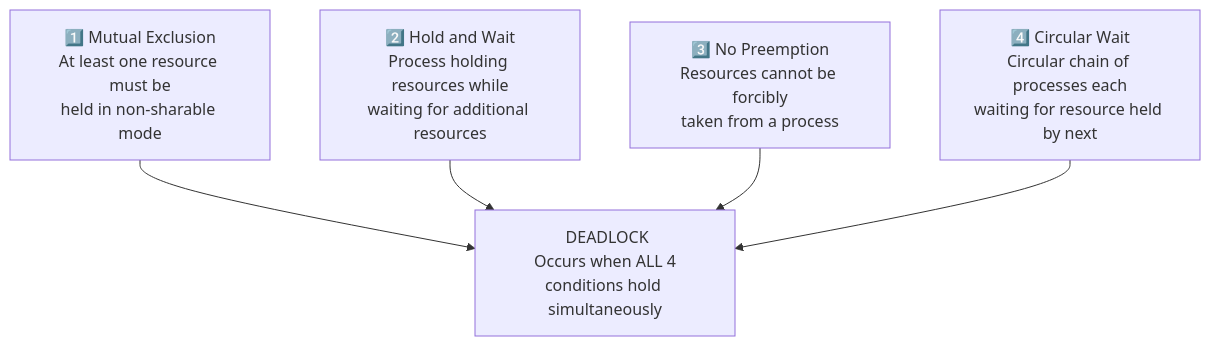
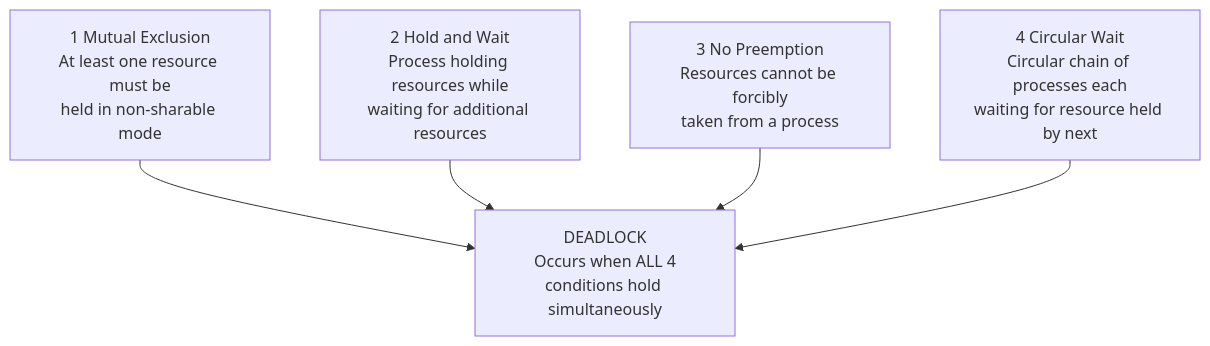
The third of 4 diagrams in 01-Semester-V/CS-302-MJ-T-Operating-Systems/Unit-4.md (amitdevx/TY), drawn with Mermaid before and after one commit. The commit also changed other lines of this file and 186 other files, not shown here.

````diff
--- a/01-Semester-V/CS-302-MJ-T-Operating-Systems/Unit-4.md
+++ b/01-Semester-V/CS-302-MJ-T-Operating-Systems/Unit-4.md
@@ -114,9 +117,9 @@
 ```mermaid
 graph TD
-    DL["️ DEADLOCK\nOccurs when ALL 4\nconditions hold simultaneously"]
+    DL[" DEADLOCK<br/>Occurs when ALL 4<br/>conditions hold simultaneously"]
     
-    ME["1️⃣ Mutual Exclusion\nAt least one resource must be\nheld in non-sharable mode"] --> DL
-    HW["2️⃣ Hold and Wait\nProcess holding resources while\nwaiting for additional resources"] --> DL
-    NP["3️⃣ No Preemption\nResources cannot be forcibly\ntaken from a process"] --> DL
-    CW["4️⃣ Circular Wait\nCircular chain of processes each\nwaiting for resource held by next"] --> DL
+    ME["1 Mutual Exclusion<br/>At least one resource must be<br/>held in non-sharable mode"] --> DL
+    HW["2 Hold and Wait<br/>Process holding resources while<br/>waiting for additional resources"] --> DL
+    NP["3 No Preemption<br/>Resources cannot be forcibly<br/>taken from a process"] --> DL
+    CW["4 Circular Wait<br/>Circular chain of processes each<br/>waiting for resource held by next"] --> DL
 ```
````
